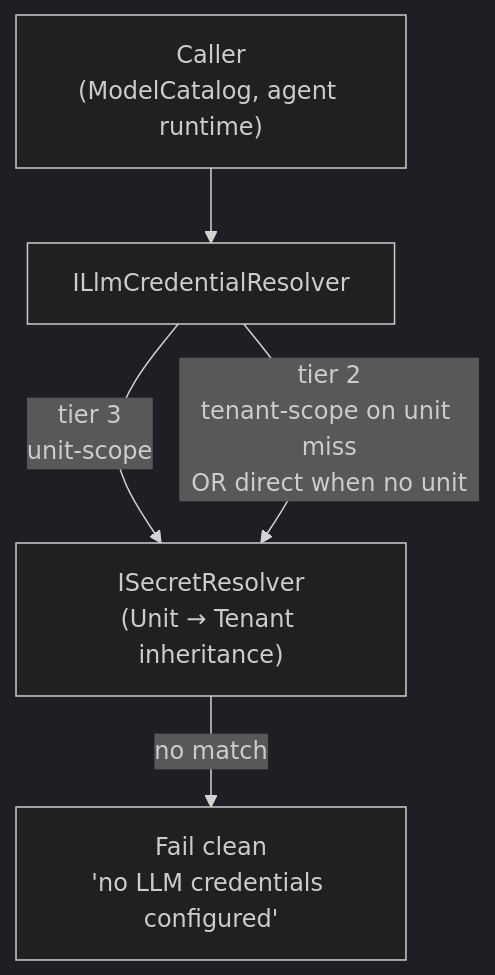
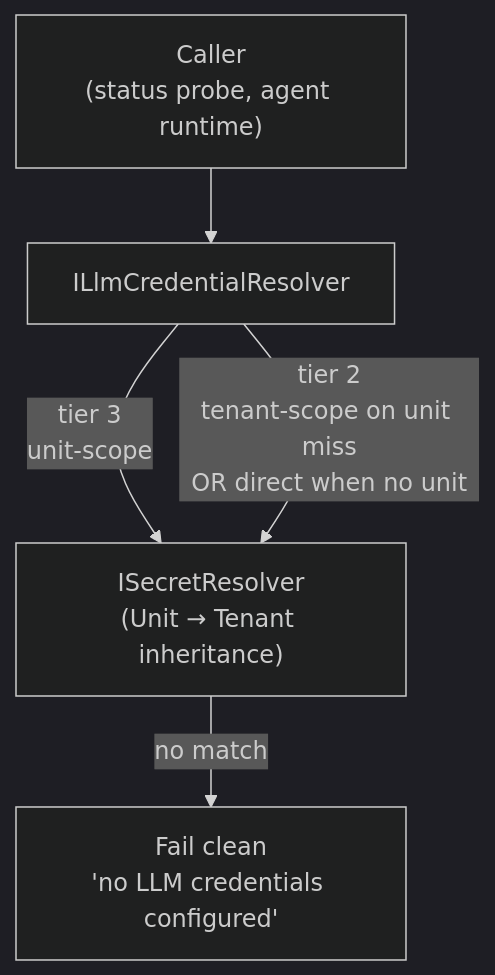
Before and after one commit to cvoya-com/spring-voyage: the first of 2 diagrams in docs/architecture/security.md, drawn with Mermaid (dark theme). The commit also changed other lines of this file and 36 other files, not shown here.

````diff
--- a/docs/architecture/security.md
+++ b/docs/architecture/security.md
@@ -147,12 +147,12 @@
 ```mermaid
 flowchart TD
-    caller["Caller<br/>(ModelCatalog, agent runtime)"]
+    caller["Caller<br/>(status probe, agent runtime)"]
     resolver["ILlmCredentialResolver"]
     secret["ISecretResolver<br/>(Unit → Tenant inheritance)"]
     fail["Fail clean<br/>'no LLM credentials configured'"]
 
     caller --> resolver
     resolver -->|tier 3<br/>unit-scope| secret
     resolver -->|tier 2<br/>tenant-scope on unit miss<br/>OR direct when no unit| secret
     secret -->|no match| fail
 ```
````
